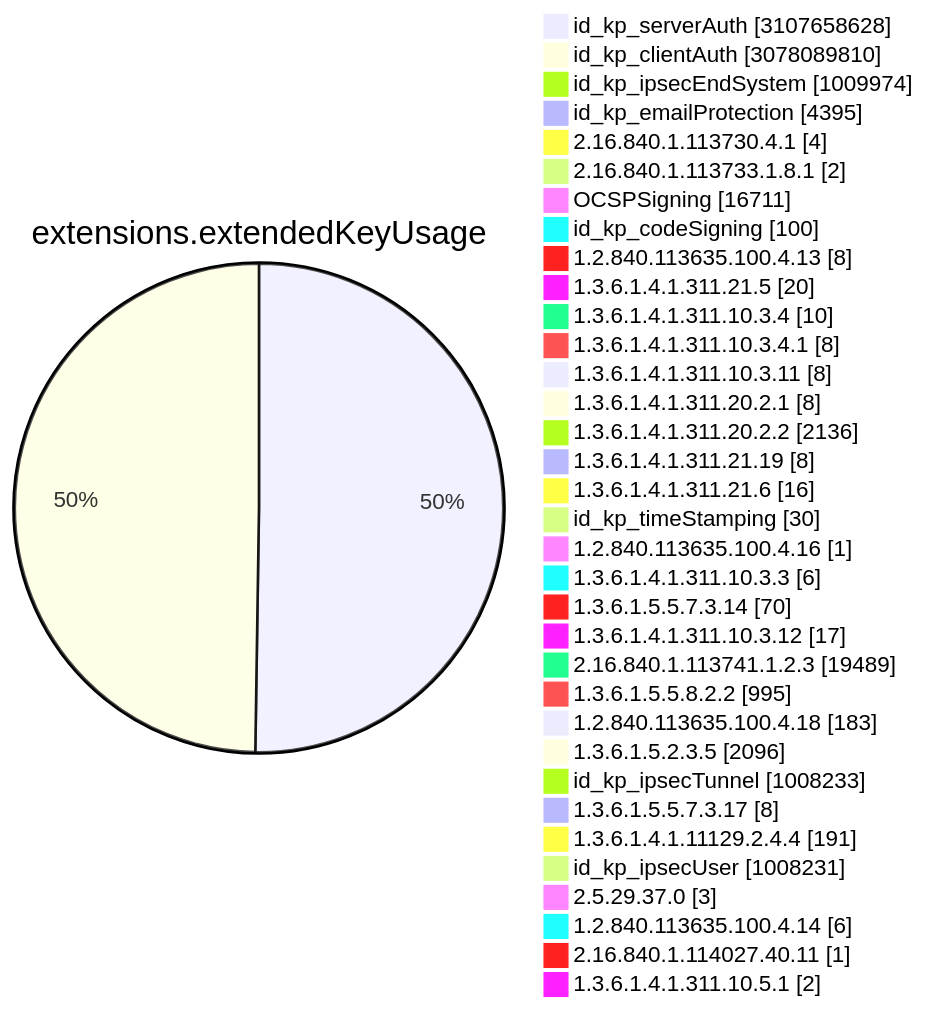
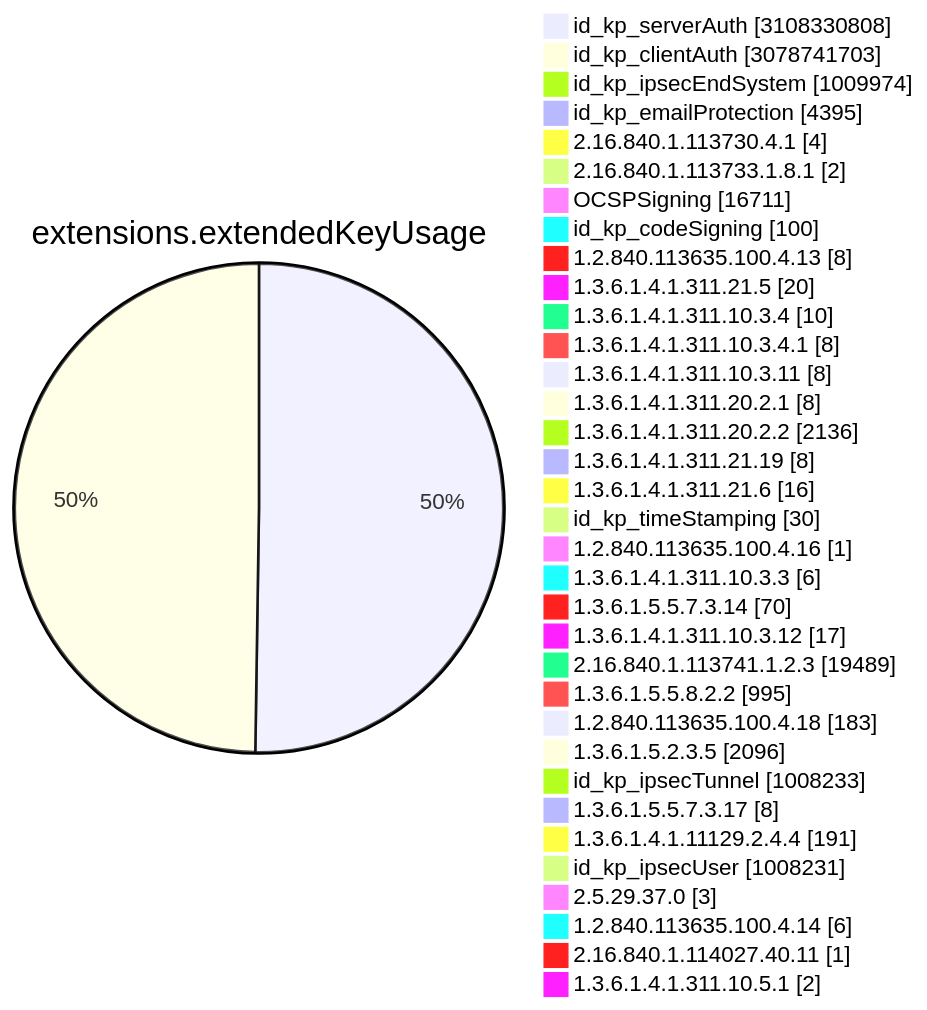
Before and after one commit to christiankrug/ctmonitor_visualization: diagram 11 of 15 in TOTAL/README.md, drawn with Mermaid. The commit also changed other lines of this file, not shown here.

````diff
--- a/TOTAL/README.md
+++ b/TOTAL/README.md
@@ -4119,38 +4119,38 @@
 ```mermaid
 pie showData
 title extensions.extendedKeyUsage
-"id_kp_serverAuth" :3107658628
-"id_kp_clientAuth" :3078089810
+"id_kp_serverAuth" :3108330808
+"id_kp_clientAuth" :3078741703
 "id_kp_ipsecEndSystem" :1009974
 "id_kp_emailProtection" :4395
 "2.16.840.1.113730.4.1" :4
 "2.16.840.1.113733.1.8.1" :2
 "OCSPSigning" :16711
 "id_kp_codeSigning" :100
 "1.2.840.113635.100.4.13" :8
 "1.3.6.1.4.1.311.21.5" :20
 "1.3.6.1.4.1.311.10.3.4" :10
 "1.3.6.1.4.1.311.10.3.4.1" :8
 "1.3.6.1.4.1.311.10.3.11" :8
 "1.3.6.1.4.1.311.20.2.1" :8
 "1.3.6.1.4.1.311.20.2.2" :2136
 "1.3.6.1.4.1.311.21.19" :8
 "1.3.6.1.4.1.311.21.6" :16
 "id_kp_timeStamping" :30
 "1.2.840.113635.100.4.16" :1
 "1.3.6.1.4.1.311.10.3.3" :6
 "1.3.6.1.5.5.7.3.14" :70
 "1.3.6.1.4.1.311.10.3.12" :17
 "2.16.840.1.113741.1.2.3" :19489
 "1.3.6.1.5.5.8.2.2" :995
 "1.2.840.113635.100.4.18" :183
 "1.3.6.1.5.2.3.5" :2096
 "id_kp_ipsecTunnel" :1008233
 "1.3.6.1.5.5.7.3.17" :8
 "1.3.6.1.4.1.11129.2.4.4" :191
 "id_kp_ipsecUser" :1008231
 "2.5.29.37.0" :3
 "1.2.840.113635.100.4.14" :6
 "2.16.840.1.114027.40.11" :1
 "1.3.6.1.4.1.311.10.5.1" :2
 ```
````
